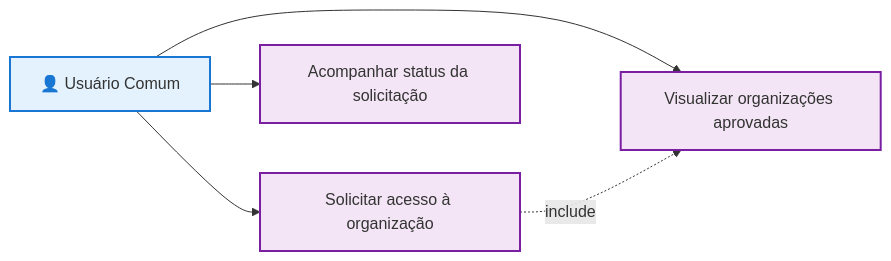
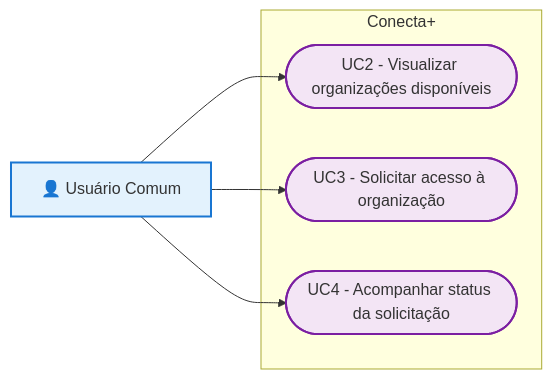
One commit to MrLucasMoreira/PDSI-Conecta- changed the third of 4 diagrams in docs/cadastro-usuario/1 - casos-uso-cadastro-usuario.md. Above: the diagram before and after it, drawn with Mermaid. The commit also changed other lines of this file and 7 other files, not shown here.

````diff
--- a/docs/cadastro-usuario/1 - casos-uso-cadastro-usuario.md
+++ b/docs/cadastro-usuario/1 - casos-uso-cadastro-usuario.md
@@ -60,20 +64,20 @@
 ```mermaid
 flowchart LR
     Usuario["👤 Usuário Comum"]
 
-    UC4["Visualizar organizações aprovadas"]
-    UC5["Solicitar acesso à organização"]
-    UC6["Acompanhar status da solicitação"]
+    subgraph Sistema["Conecta+"]
+        UC2(["UC2 - Visualizar organizações disponíveis"])
+        UC3(["UC3 - Solicitar acesso à organização"])
+        UC4(["UC4 - Acompanhar status da solicitação"])
+    end
 
+    Usuario --> UC2
+    Usuario --> UC3
     Usuario --> UC4
-    Usuario --> UC5
-    Usuario --> UC6
-
-    UC5 -.->|include| UC4
 
     classDef actor fill:#e3f2fd,stroke:#1976d2,stroke-width:2px;
     classDef uc fill:#f3e5f5,stroke:#7b1fa2,stroke-width:2px;
 
     class Usuario actor;
-    class UC4,UC5,UC6 uc;
+    class UC2,UC3,UC4 uc;
 ```
````
